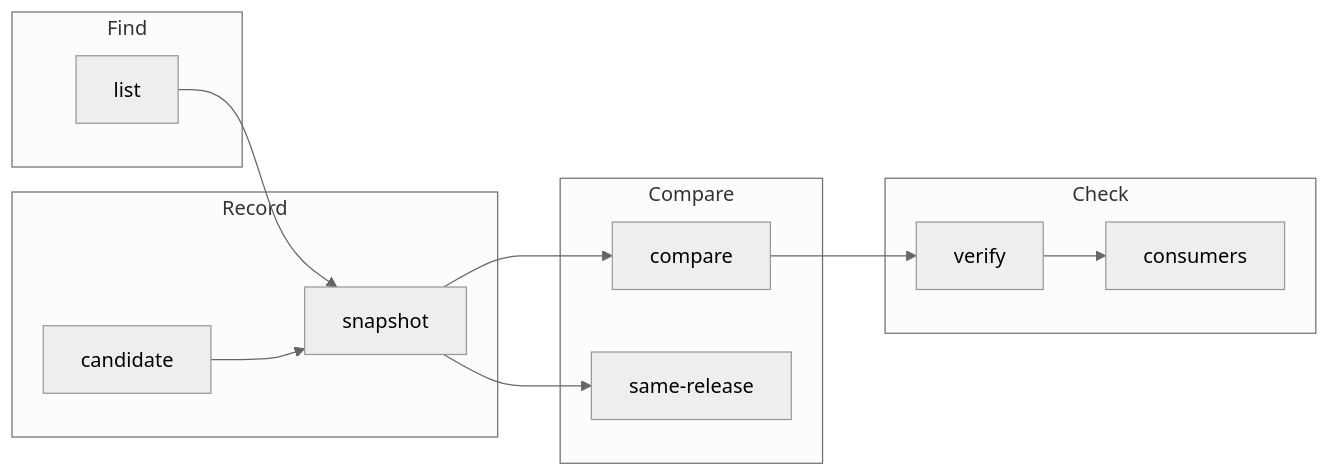
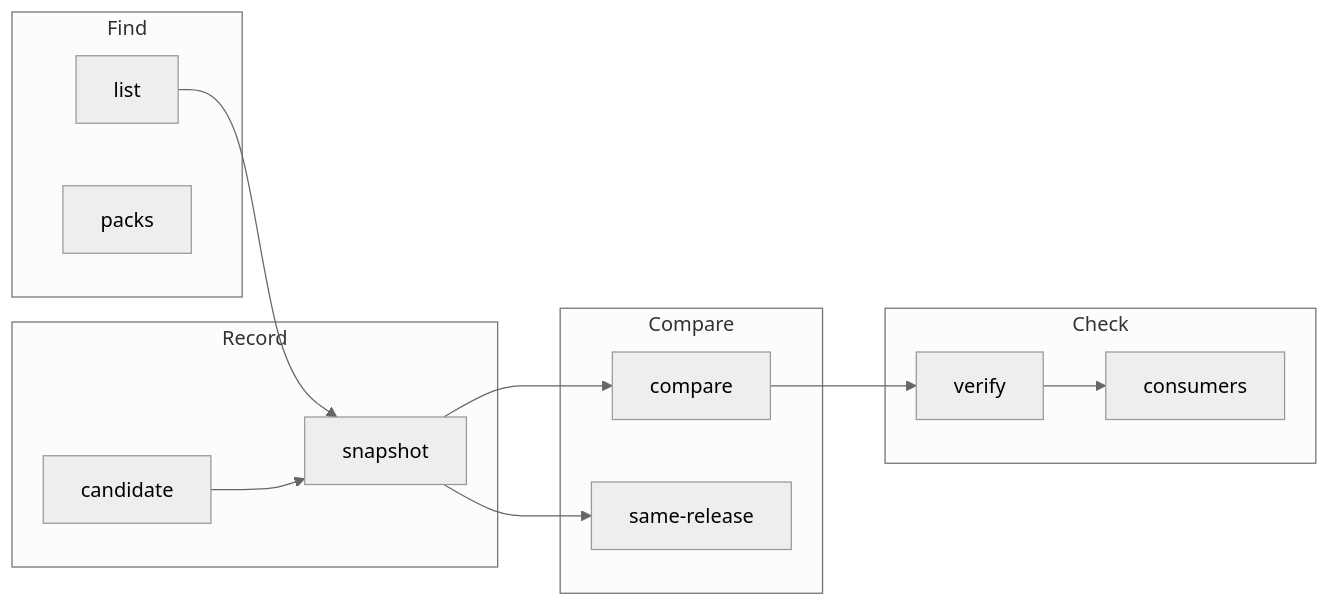
Before and after one commit to como-technologies/strata: the diagram in docs/src/commands/index.md, drawn with Mermaid (neutral theme). The commit also changed other lines of this file and 11 other files, not shown here.

````diff
--- a/docs/src/commands/index.md
+++ b/docs/src/commands/index.md
@@ -11,22 +12,23 @@
 ```mermaid
 flowchart LR
   subgraph Find
     list
+    packs
   end
   subgraph Record
     snapshot
     candidate
   end
   subgraph Compare
     compare
     same-release
   end
   subgraph Check
     verify
     consumers
   end
   list --> snapshot --> compare --> verify
   candidate --> snapshot
   snapshot --> same-release
   verify --> consumers
 ```
````
